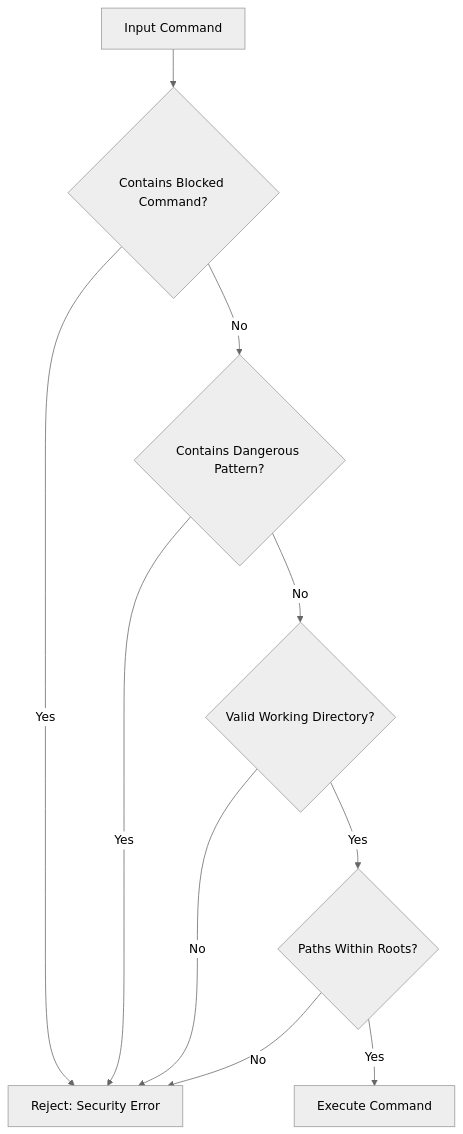
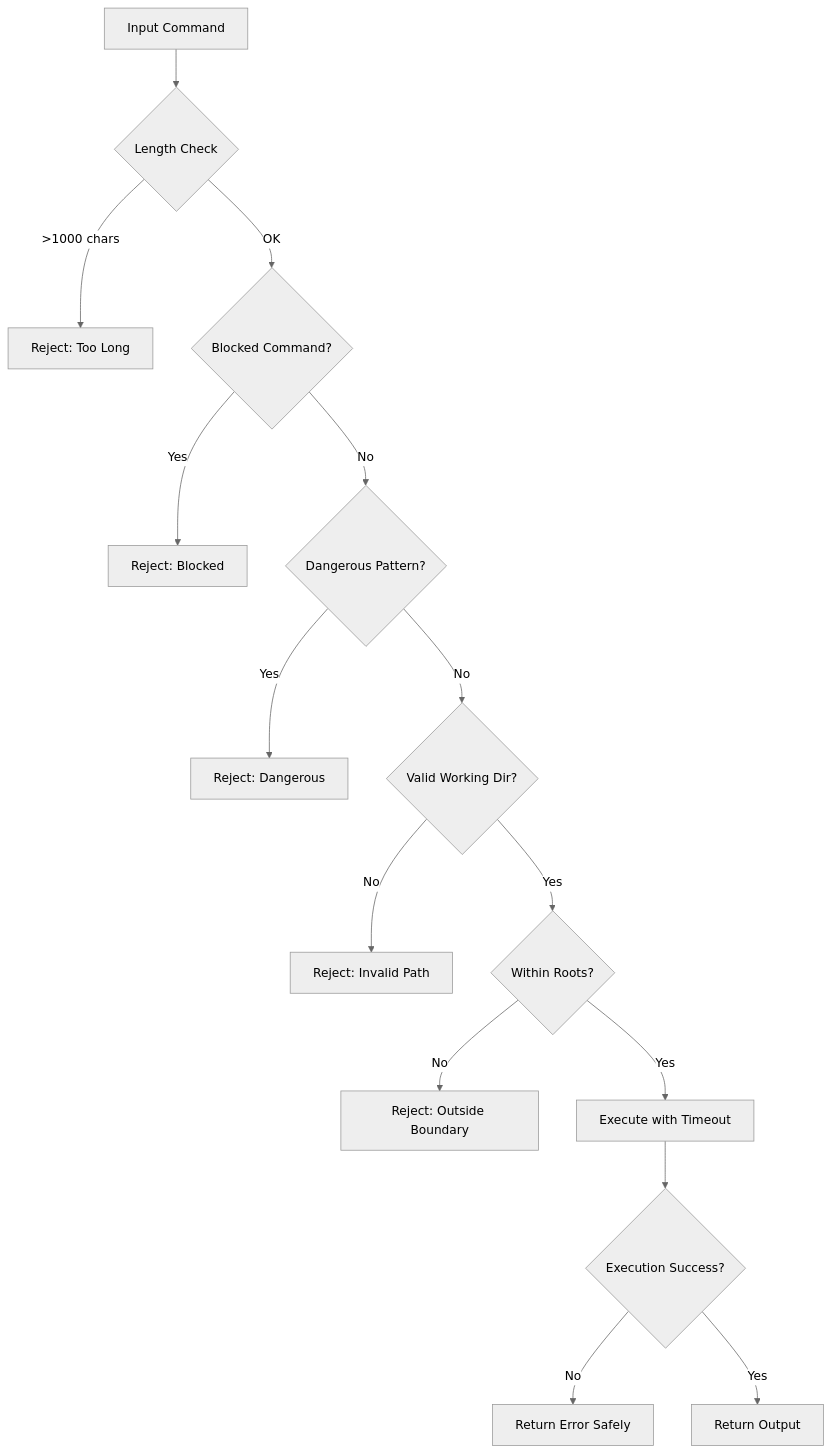
The second of 3 diagrams in SECURITY.md (roguedev-ai/kasm-mcp-server-v2), drawn with Mermaid (neutral theme) before and after one commit. The commit also changed other lines of this file and 6 other files, not shown here.

````diff
--- a/SECURITY.md
+++ b/SECURITY.md
@@ -164,12 +173,17 @@
 ```mermaid
 flowchart TD
-    A[Input Command] --> B{Contains Blocked Command?}
-    B -->|Yes| C[Reject: Security Error]
-    B -->|No| D{Contains Dangerous Pattern?}
-    D -->|Yes| C
-    D -->|No| E{Valid Working Directory?}
-    E -->|No| C
-    E -->|Yes| F{Paths Within Roots?}
-    F -->|No| C
-    F -->|Yes| G[Execute Command]
+    A[Input Command] --> B{Length Check}
+    B -->|>1000 chars| C[Reject: Too Long]
+    B -->|OK| D{Blocked Command?}
+    D -->|Yes| E[Reject: Blocked]
+    D -->|No| F{Dangerous Pattern?}
+    F -->|Yes| G[Reject: Dangerous]
+    F -->|No| H{Valid Working Dir?}
+    H -->|No| I[Reject: Invalid Path]
+    H -->|Yes| J{Within Roots?}
+    J -->|No| K[Reject: Outside Boundary]
+    J -->|Yes| L[Execute with Timeout]
+    L --> M{Execution Success?}
+    M -->|No| N[Return Error Safely]
+    M -->|Yes| O[Return Output]
 ```
````
